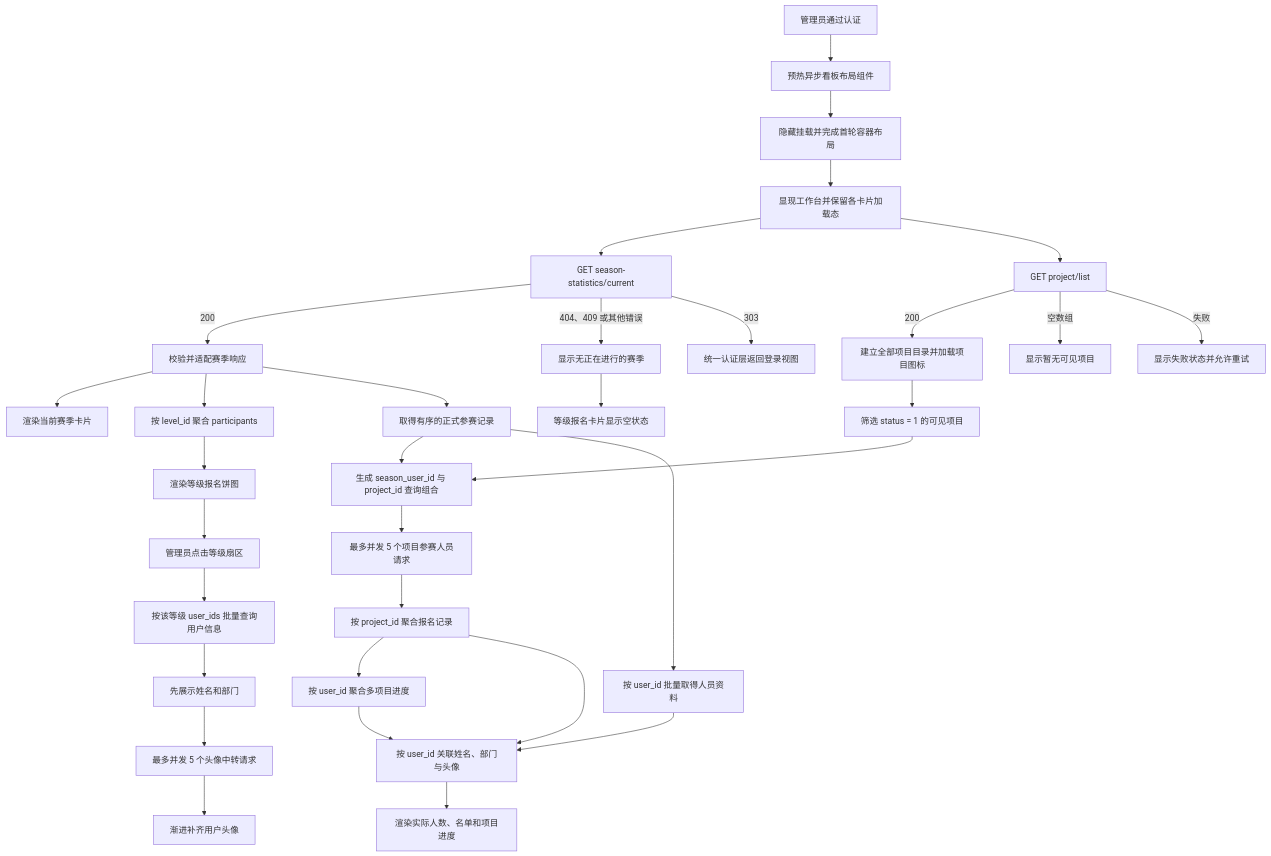
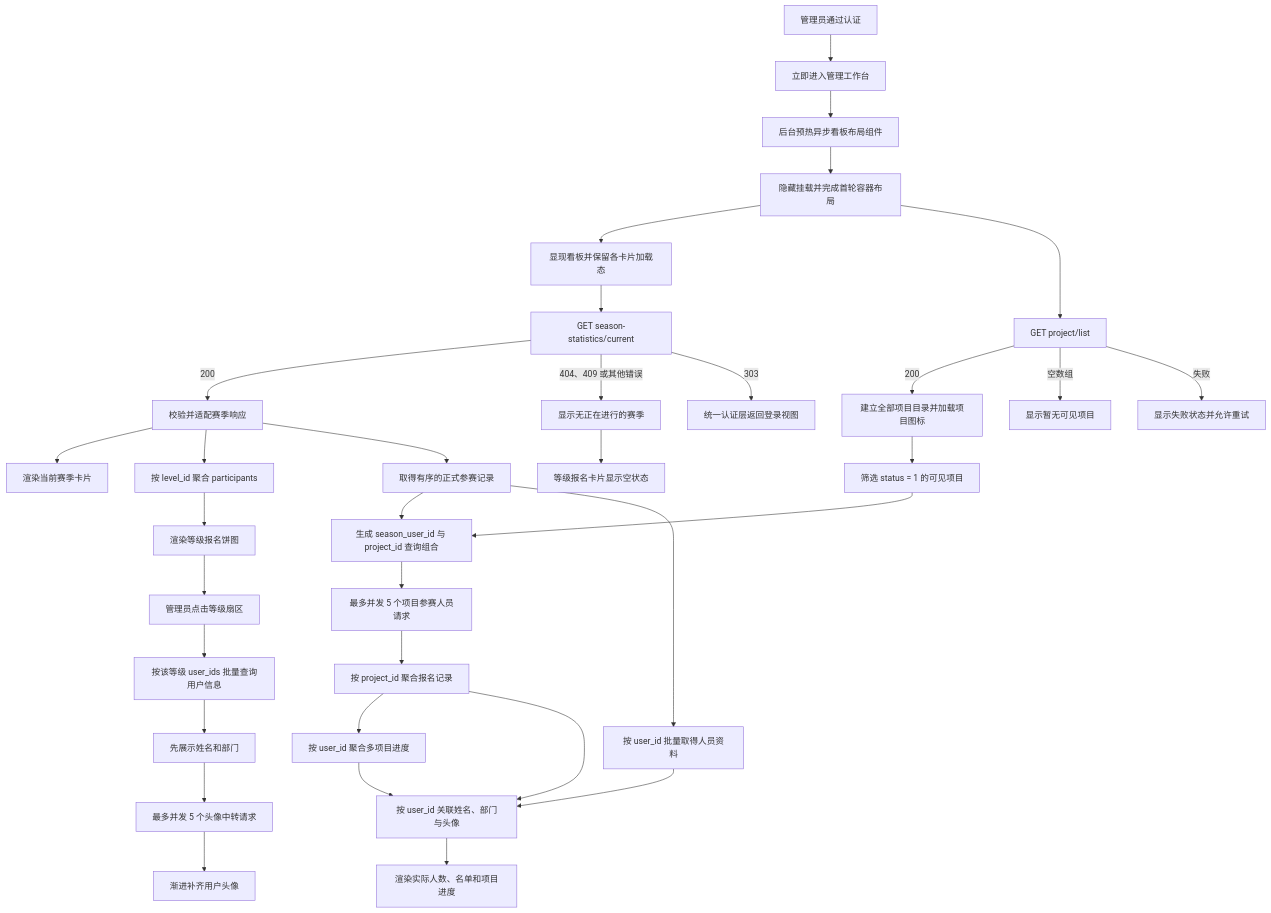
Before and after one commit to caicai-6666/flame-sport-pheno-manage-fe: the diagram in description/features/dashboard.md, drawn with Mermaid. The commit also changed other lines of this file and 38 other files, not shown here.

````diff
--- a/description/features/dashboard.md
+++ b/description/features/dashboard.md
@@ -26,35 +26,36 @@
 ```mermaid
 flowchart TD
-  A[管理员通过认证] --> A1[预热异步看板布局组件]
-  A1 --> A2[隐藏挂载并完成首轮容器布局]
-  A2 --> A3[显现工作台并保留各卡片加载态]
-  A3 --> B[GET season-statistics/current]
+  A[管理员通过认证] --> A1[立即进入管理工作台]
+  A1 --> A2[后台预热异步看板布局组件]
+  A2 --> A3[隐藏挂载并完成首轮容器布局]
+  A3 --> A4[显现看板并保留各卡片加载态]
+  A4 --> B[GET season-statistics/current]
   B -->|200| C[校验并适配赛季响应]
   C --> D[渲染当前赛季卡片]
   C --> E[按 level_id 聚合 participants]
   E --> F[渲染等级报名饼图]
   F --> J[管理员点击等级扇区]
   J --> K[按该等级 user_ids 批量查询用户信息]
   K --> L[先展示姓名和部门]
   L --> M[最多并发 5 个头像中转请求]
   M --> N[渐进补齐用户头像]
   B -->|404、409 或其他错误| G[显示无正在进行的赛季]
   G --> H[等级报名卡片显示空状态]
   B -->|303| I[统一认证层返回登录视图]
   A3 --> O[GET project/list]
   O -->|200| P[建立全部项目目录并加载项目图标]
   P --> P1[筛选 status = 1 的可见项目]
   C --> U[取得有序的正式参赛记录]
   P1 --> V[生成 season_user_id 与 project_id 查询组合]
   U --> V
   V --> W[最多并发 5 个项目参赛人员请求]
   W --> X[按 project_id 聚合报名记录]
   X --> X1[按 user_id 聚合多项目进度]
   U --> Y[按 user_id 批量取得人员资料]
   X --> Z[按 user_id 关联姓名、部门与头像]
   X1 --> Z
   Y --> Z
   Z --> T[渲染实际人数、名单和项目进度]
   O -->|空数组| Q[显示暂无可见项目]
   O -->|失败| R[显示失败状态并允许重试]
 ```
````
